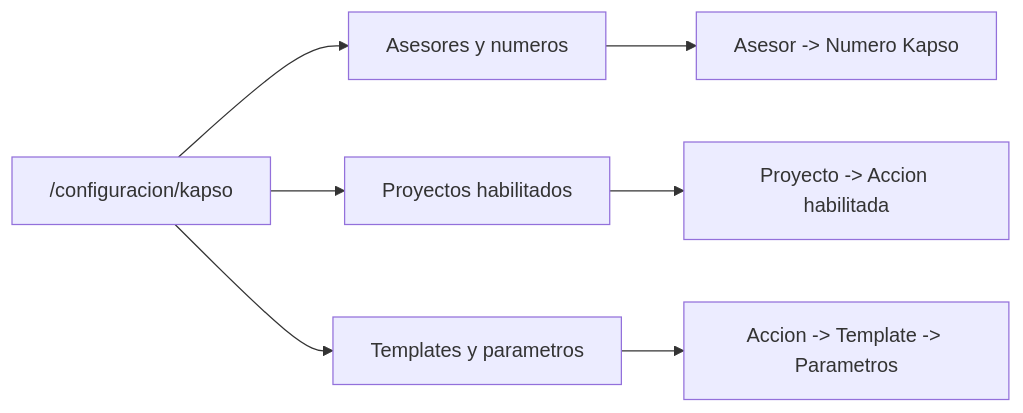
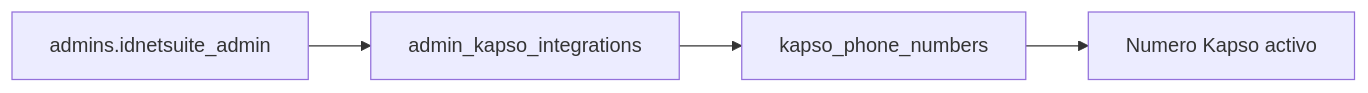
The third of 7 diagrams in README.md (roccacr/CRM_VENTAS), drawn with Mermaid before and after one commit. The commit also changed other lines of this file and 1 other file, not shown here.

Commit message:
docs: update Kapso business flow documentation

````diff
--- a/README.md
+++ b/README.md
@@ -307,9 +140,6 @@
 ```mermaid
 flowchart LR
-    H["/configuracion/kapso"] --> A["Asesores y numeros"]
-    H --> P["Proyectos habilitados"]
-    H --> T["Templates y parametros"]
-    A --> A1["Asesor -> Numero Kapso"]
-    P --> P1["Proyecto -> Accion habilitada"]
-    T --> T1["Accion -> Template -> Parametros"]
+  A["admins.idnetsuite_admin"] --> B["admin_kapso_integrations"]
+  B --> C["kapso_phone_numbers"]
+  C --> D["Numero Kapso activo"]
 ```
````
